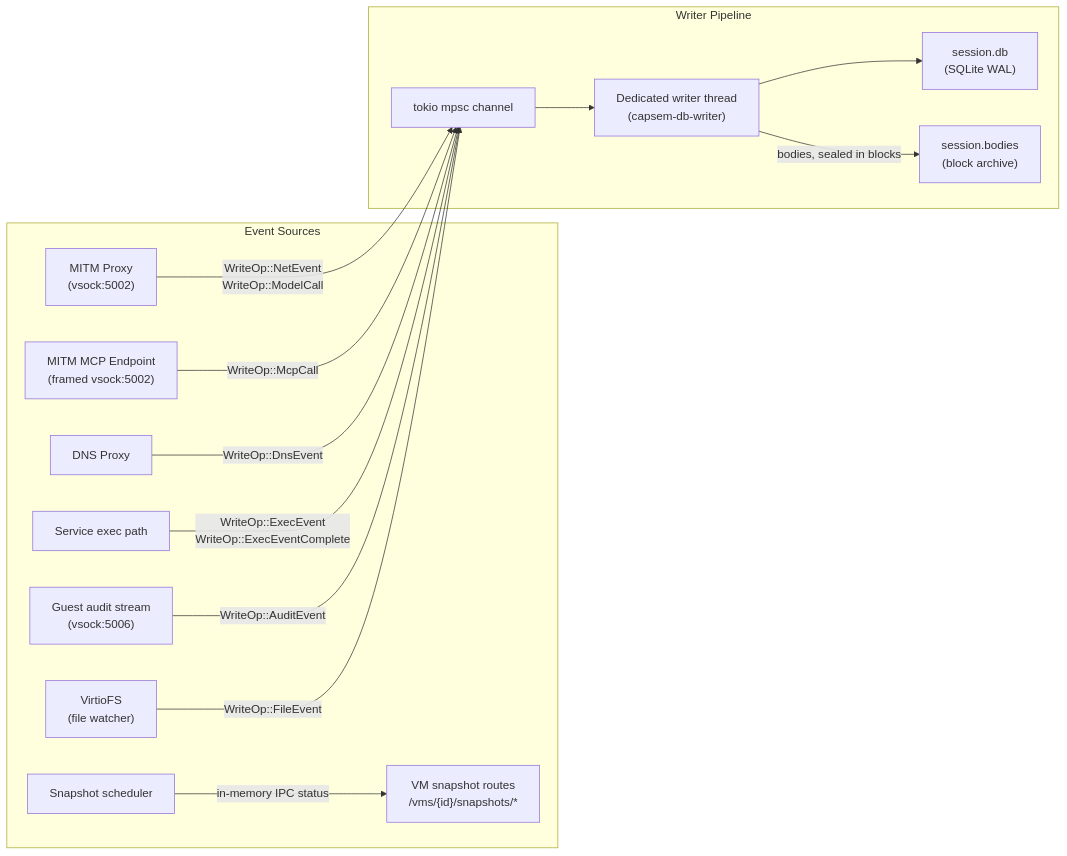
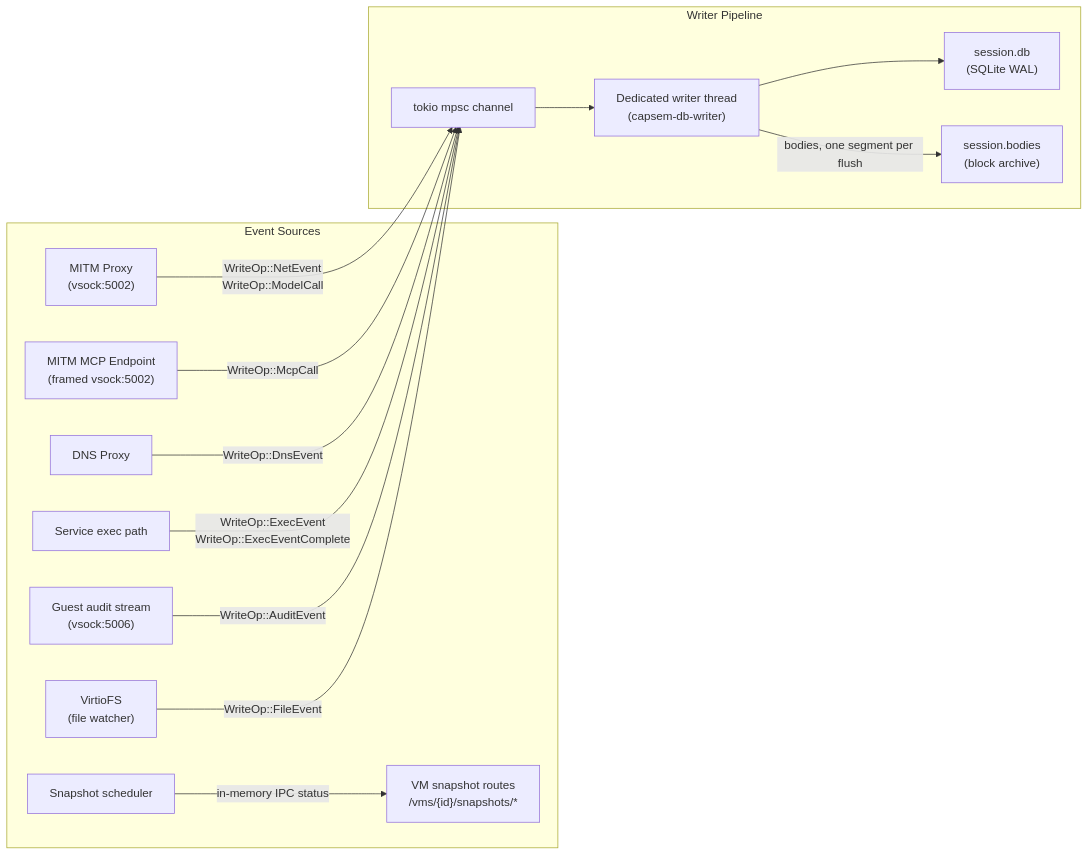
Before and after one commit to google/capsem: the third of 4 diagrams in web/docs/src/content/docs/architecture/session-telemetry.md, drawn with Mermaid. The commit also changed other lines of this file and 33 other files, not shown here.

````diff
--- a/web/docs/src/content/docs/architecture/session-telemetry.md
+++ b/web/docs/src/content/docs/architecture/session-telemetry.md
@@ -625,31 +626,31 @@
 ```mermaid
 graph LR
     subgraph "Event Sources"
         MITM["MITM Proxy<br/>(vsock:5002)"]
         MCP["MITM MCP Endpoint<br/>(framed vsock:5002)"]
         DNS["DNS Proxy"]
         EXEC["Service exec path"]
         AUDIT["Guest audit stream<br/>(vsock:5006)"]
         FS["VirtioFS<br/>(file watcher)"]
         SNAP["Snapshot scheduler"]
         SNAPAPI["VM snapshot routes<br/>/vms/{id}/snapshots/*"]
     end
 
     subgraph "Writer Pipeline"
         CH["tokio mpsc channel"]
         WT["Dedicated writer thread<br/>(capsem-db-writer)"]
         DB["session.db<br/>(SQLite WAL)"]
         BODIES["session.bodies<br/>(block archive)"]
     end
 
     MITM -->|"WriteOp::NetEvent<br/>WriteOp::ModelCall"| CH
     MCP -->|"WriteOp::McpCall"| CH
     DNS -->|"WriteOp::DnsEvent"| CH
     EXEC -->|"WriteOp::ExecEvent<br/>WriteOp::ExecEventComplete"| CH
     AUDIT -->|"WriteOp::AuditEvent"| CH
     FS -->|"WriteOp::FileEvent"| CH
     SNAP -->|"in-memory IPC status"| SNAPAPI
     CH --> WT
     WT --> DB
-    WT -->|"bodies, sealed in blocks"| BODIES
+    WT -->|"bodies, one segment per flush"| BODIES
 ```
````
